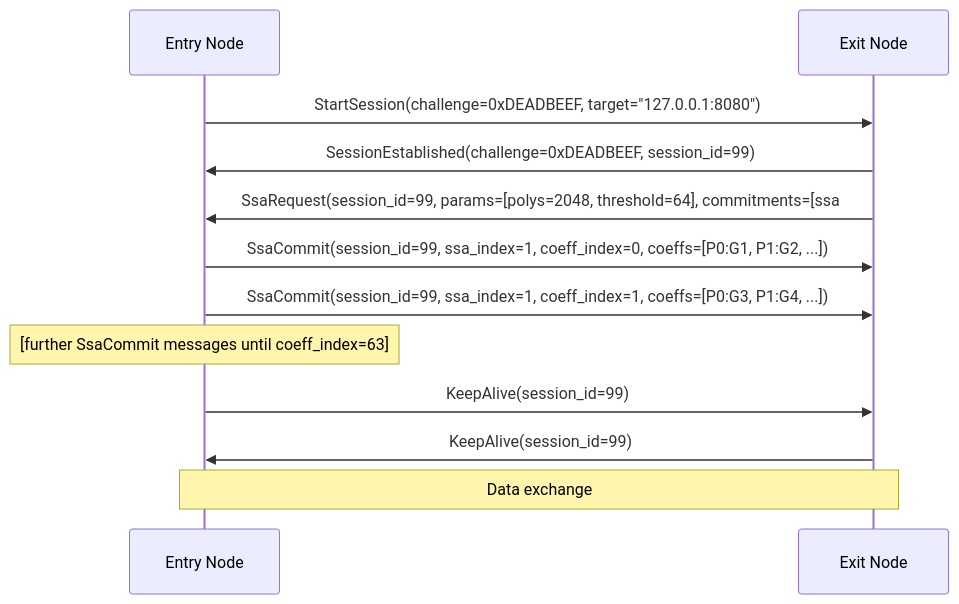
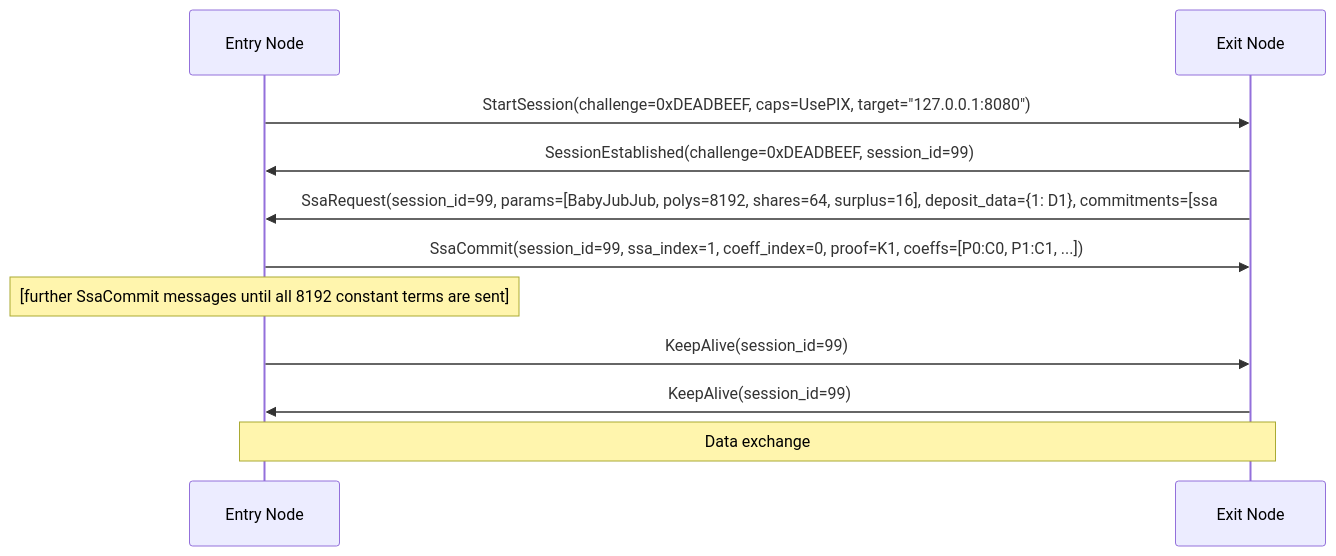
One commit to hoprnet/rfc changed diagram 13 of 13 in rfcs/RFC-0009-session-start-protocol/0009-session-start-protocol.md. Above: the diagram before and after it, drawn with Mermaid. The commit also changed other lines of this file, not shown here.

First line of the commit message:
fix: update start protocol for version 4

````diff
--- a/rfcs/RFC-0009-session-start-protocol/0009-session-start-protocol.md
+++ b/rfcs/RFC-0009-session-start-protocol/0009-session-start-protocol.md
@@ -442,15 +495,14 @@
 ```mermaid
 sequenceDiagram
     participant E as Entry Node
     participant X as Exit Node
 
-    E->>X: StartSession(challenge=0xDEADBEEF, target="127.0.0.1:8080")
+    E->>X: StartSession(challenge=0xDEADBEEF, caps=UsePIX, target="127.0.0.1:8080")
     X->>E: SessionEstablished(challenge=0xDEADBEEF, session_id=99)
-    X->>E: SsaRequest(session_id=99, params=[polys=2048, threshold=64], commitments=[ssa#1=G1, ssa#2=G2, ...])
-    E->>X: SsaCommit(session_id=99, ssa_index=1, coeff_index=0, coeffs=[P0:G1, P1:G2, ...])
-    E->>X: SsaCommit(session_id=99, ssa_index=1, coeff_index=1, coeffs=[P0:G3, P1:G4, ...])
-    Note over E: [further SsaCommit messages until coeff_index=63]
+    X->>E: SsaRequest(session_id=99, params=[BabyJubJub, polys=8192, shares=64, surplus=16], deposit_data={1: D1}, commitments=[ssa#1=G1])
+    E->>X: SsaCommit(session_id=99, ssa_index=1, coeff_index=0, proof=K1, coeffs=[P0:C0, P1:C1, ...])
+    Note over E: [further SsaCommit messages until all 8192 constant terms are sent]
     E->>X: KeepAlive(session_id=99)
     X->>E: KeepAlive(session_id=99)
     Note over E,X: Data exchange
 ```
````
